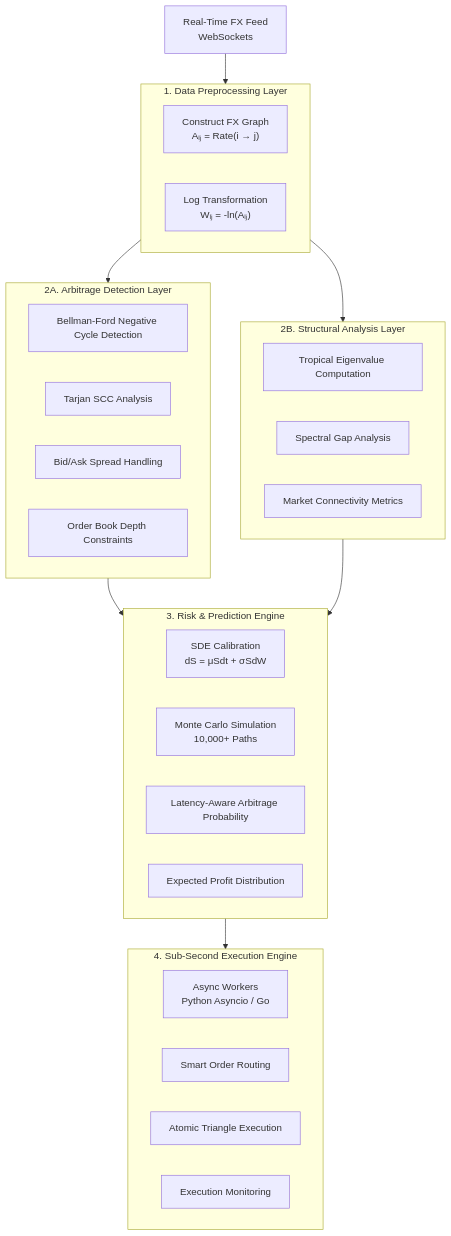
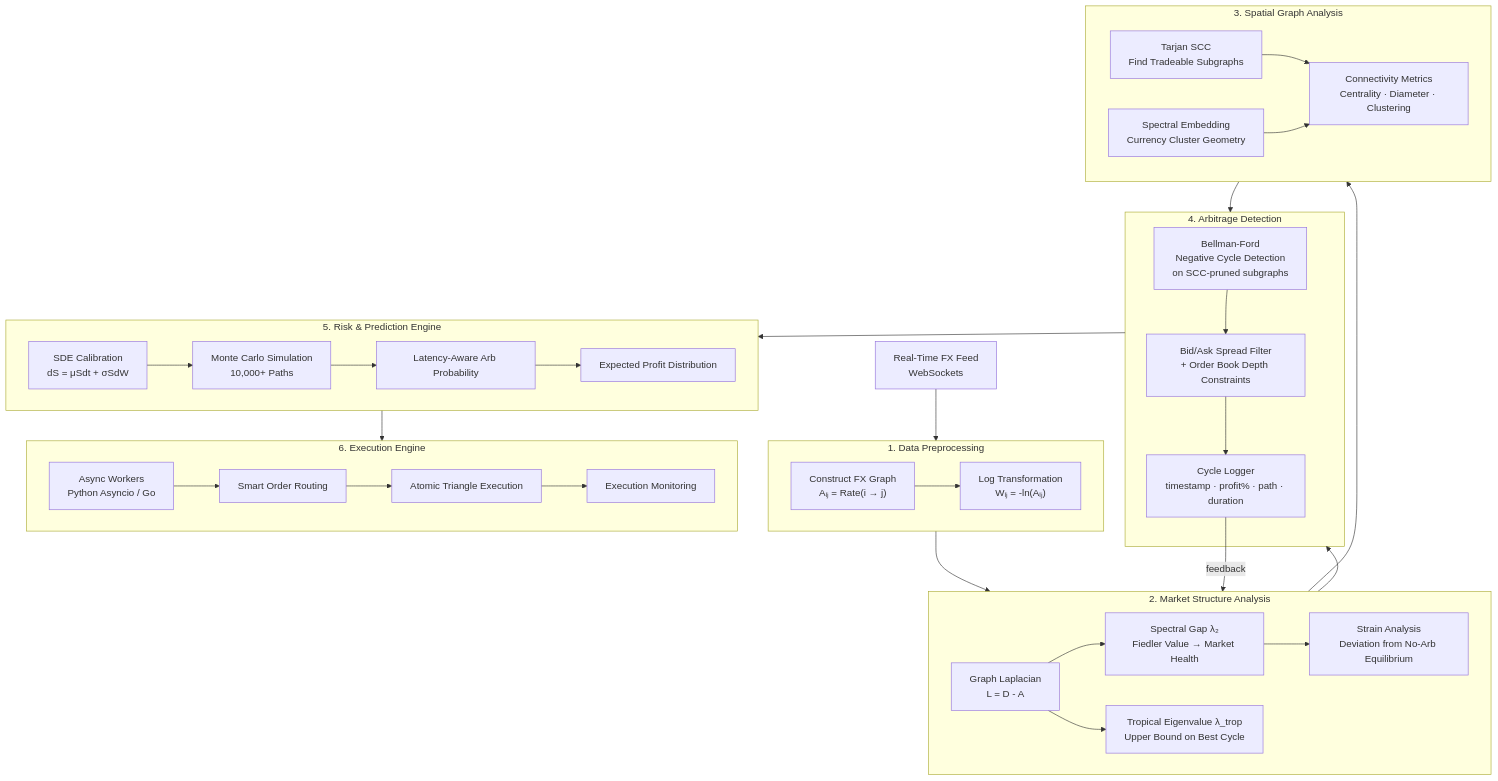
One commit to ducanh19082007/laplacian-market-signals changed the diagram in README.md. Above: the diagram before and after it, drawn with Mermaid. The commit also changed other lines of this file and 2 other files, not shown here.

````diff
--- a/README.md
+++ b/README.md
@@ -3,47 +20,71 @@
 ```mermaid
 flowchart TD
 
-    A[Real-Time FX Feed<br/>WebSockets]
-
+    A["Real-Time FX Feed<br/>WebSockets"]
     A --> B
 
-    subgraph B["1. Data Preprocessing Layer"]
+    subgraph B["1. Data Preprocessing"]
         B1["Construct FX Graph<br/>Aᵢⱼ = Rate(i → j)"]
         B2["Log Transformation<br/>Wᵢⱼ = -ln(Aᵢⱼ)"]
+        B1 --> B2
     end
 
     B --> C
-    B --> D
 
-    subgraph C["2A. Arbitrage Detection Layer"]
-        C1["Bellman-Ford Negative Cycle Detection"]
-        C2["Tarjan SCC Analysis"]
-        C3["Bid/Ask Spread Handling"]
-        C4["Order Book Depth Constraints"]
+    subgraph C["2. Market Structure Analysis"]
+        C1["Graph Laplacian<br/>L = D - A"]
+        C2["Spectral Gap λ₂<br/>Fiedler Value → Market Health"]
+        C3["Tropical Eigenvalue λ_trop<br/>Upper Bound on Best Cycle"]
+        C4["Strain Analysis<br/>Deviation from No-Arb Equilibrium"]
+        C1 --> C2
+        C1 --> C3
+        C2 --> C4
     end
 
-    subgraph D["2B. Structural Analysis Layer"]
-        D1["Tropical Eigenvalue Computation"]
-        D2["Spectral Gap Analysis"]
-        D3["Market Connectivity Metrics"]
+    C --> D
+
+    subgraph D["3. Spatial Graph Analysis"]
+        D1["Tarjan SCC<br/>Find Tradeable Subgraphs"]
+        D2["Spectral Embedding<br/>Currency Cluster Geometry"]
+        D3["Connectivity Metrics<br/>Centrality · Diameter · Clustering"]
+        D1 --> D3
+        D2 --> D3
     end
 
     C --> E
     D --> E
 
-    subgraph E["3. Risk & Prediction Engine"]
-        E1["SDE Calibration<br/>dS = μSdt + σSdW"]
-        E2["Monte Carlo Simulation<br/>10,000+ Paths"]
-        E3["Latency-Aware Arbitrage Probability"]
-        E4["Expected Profit Distribution"]
+    subgraph E["4. Arbitrage Detection"]
+        E1["Bellman-Ford<br/>Negative Cycle Detection<br/>on SCC-pruned subgraphs"]
+        E2["Bid/Ask Spread Filter<br/>+ Order Book Depth Constraints"]
+        E3["Cycle Logger<br/>timestamp · profit% · path · duration"]
+        E1 --> E2
+        E2 --> E3
     end
+
+    E3 -->|feedback| C
 
     E --> F
 
-    subgraph F["4. Sub-Second Execution Engine"]
-        F1["Async Workers<br/>Python Asyncio / Go"]
-        F2["Smart Order Routing"]
-        F3["Atomic Triangle Execution"]
-        F4["Execution Monitoring"]
+    subgraph F["5. Risk & Prediction Engine"]
+        F1["SDE Calibration<br/>dS = μSdt + σSdW"]
+        F2["Monte Carlo Simulation<br/>10,000+ Paths"]
+        F3["Latency-Aware Arb Probability"]
+        F4["Expected Profit Distribution"]
+        F1 --> F2
+        F2 --> F3
+        F3 --> F4
+    end
+
+    F --> G
+
+    subgraph G["6. Execution Engine"]
+        G1["Async Workers<br/>Python Asyncio / Go"]
+        G2["Smart Order Routing"]
+        G3["Atomic Triangle Execution"]
+        G4["Execution Monitoring"]
+        G1 --> G2
+        G2 --> G3
+        G3 --> G4
     end
 ```
````
